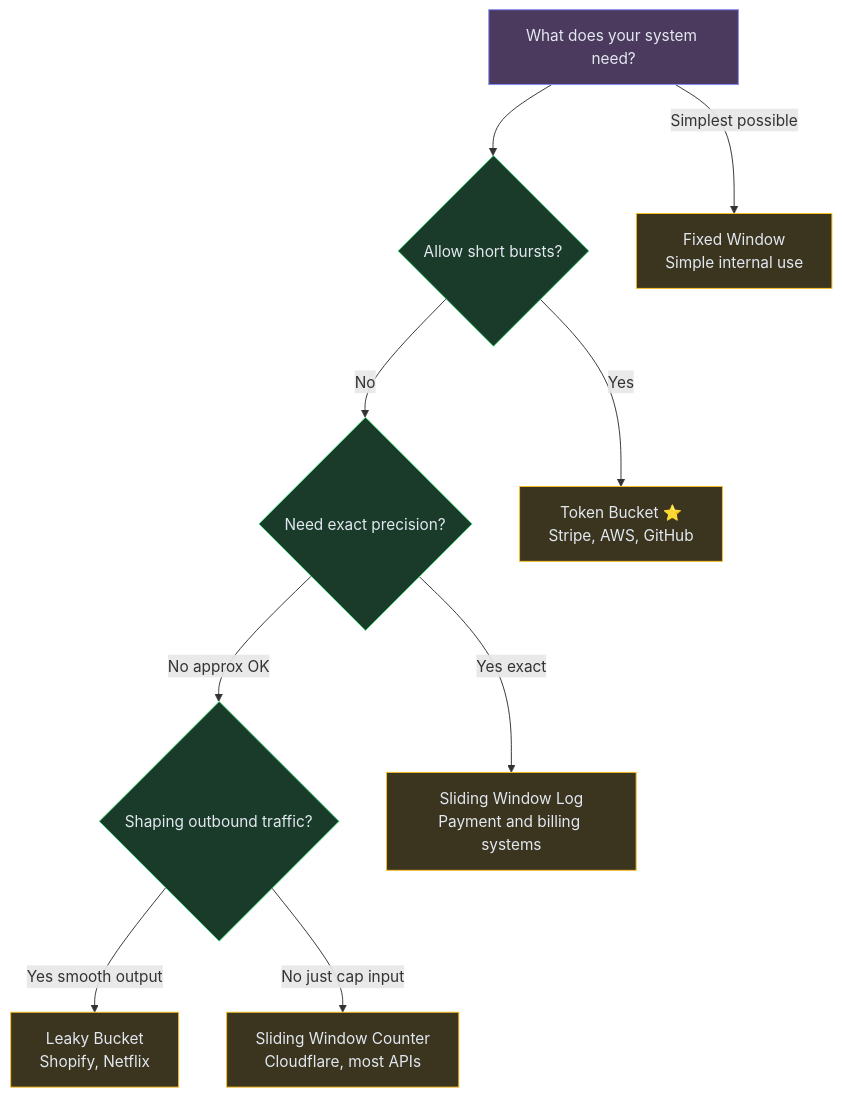
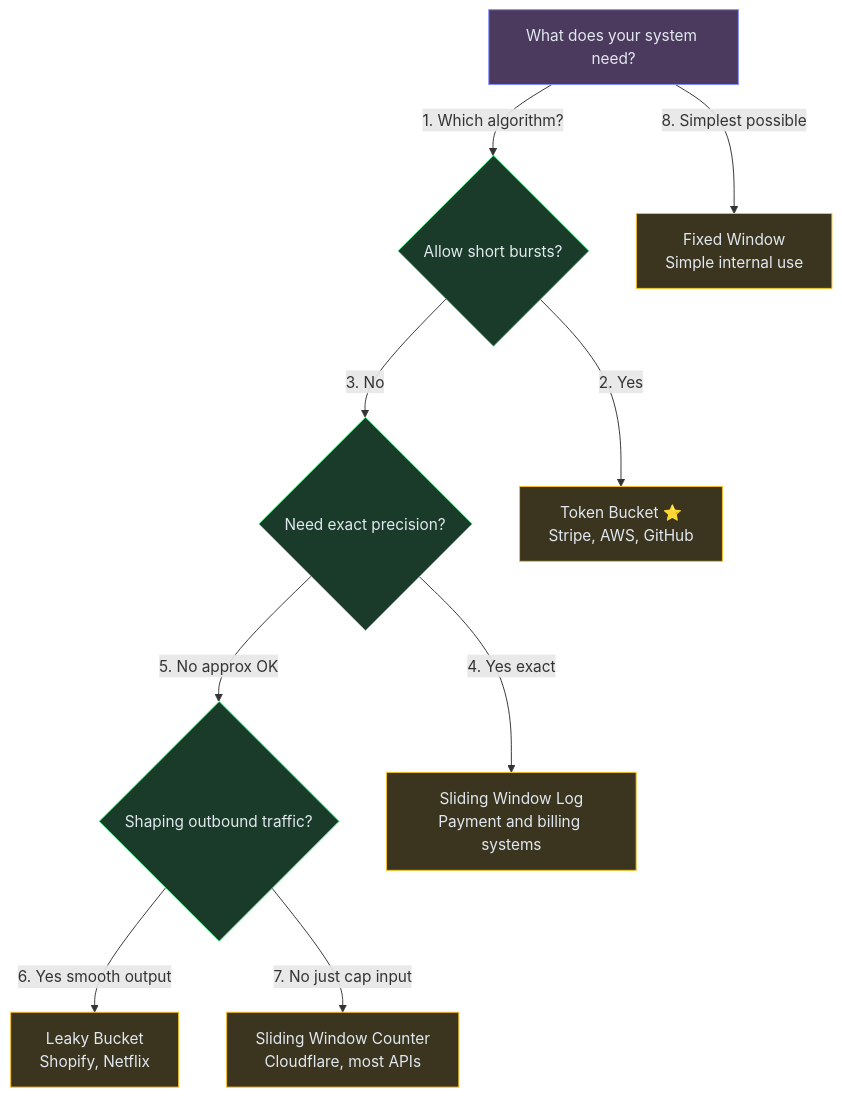
One commit to iluzn/HLD-Designs changed the eighth of 15 diagrams in content/hld/RateLimiter.md. Above: the diagram before and after it, drawn with Mermaid. The commit also changed other lines of this file and 27 other files, not shown here.

````diff
--- a/content/hld/RateLimiter.md
+++ b/content/hld/RateLimiter.md
@@ -470,25 +470,25 @@
 ```mermaid
 flowchart TD
     START["What does your system need?"]:::client
     Q1{"Allow short bursts?"}:::service
     Q2{"Need exact precision?"}:::service
     Q3{"Shaping outbound traffic?"}:::service
     TB["Token Bucket ⭐<br/>Stripe, AWS, GitHub"]:::data
     SWC["Sliding Window Counter<br/>Cloudflare, most APIs"]:::data
     SWL["Sliding Window Log<br/>Payment and billing systems"]:::data
     LB["Leaky Bucket<br/>Shopify, Netflix"]:::data
     FW["Fixed Window<br/>Simple internal use"]:::data
 
-    START --> Q1
-    Q1 -->|"Yes"| TB
-    Q1 -->|"No"| Q2
-    Q2 -->|"Yes exact"| SWL
-    Q2 -->|"No approx OK"| Q3
-    Q3 -->|"Yes smooth output"| LB
-    Q3 -->|"No just cap input"| SWC
-    START -->|"Simplest possible"| FW
+    START -->|"1. Which algorithm?"| Q1
+    Q1 -->|"2. Yes"| TB
+    Q1 -->|"3. No"| Q2
+    Q2 -->|"4. Yes exact"| SWL
+    Q2 -->|"5. No approx OK"| Q3
+    Q3 -->|"6. Yes smooth output"| LB
+    Q3 -->|"7. No just cap input"| SWC
+    START -->|"8. Simplest possible"| FW
 
     classDef client fill:#4c3a5e,stroke:#818cf8,color:#e2e8f0
     classDef service fill:#1a3a2a,stroke:#4ade80,color:#e2e8f0
     classDef data fill:#3b3520,stroke:#fbbf24,color:#e2e8f0
 ```
````
